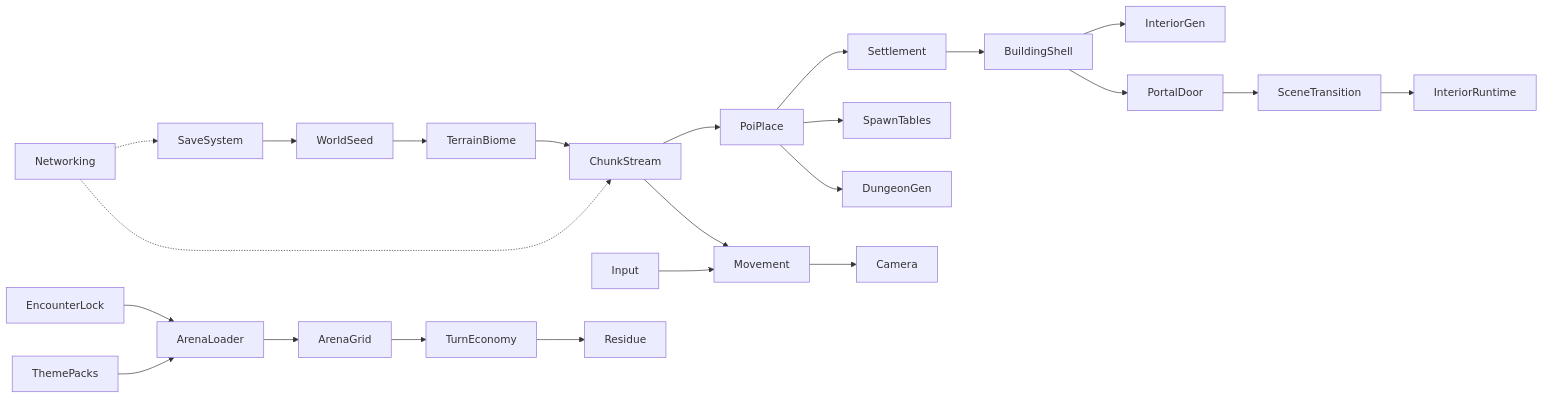
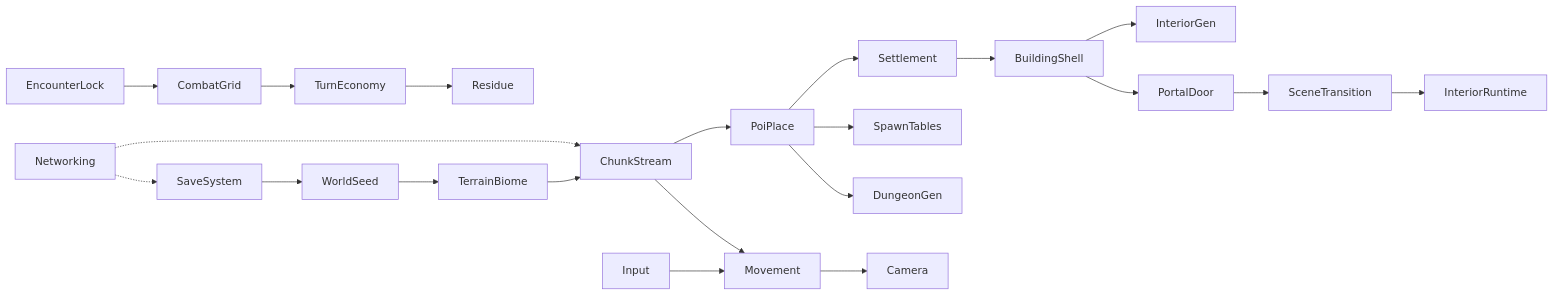
The diagram in 17 Game Systems Architecture.md (fargust16/game-dev), drawn with Mermaid before and after one commit. The commit also changed other lines of this file and 44 other files, not shown here.

````diff
--- a/17 Game Systems Architecture.md
+++ b/17 Game Systems Architecture.md
@@ -125,25 +125,23 @@
 ```mermaid
 flowchart LR
   WorldSeed --> TerrainBiome
   TerrainBiome --> ChunkStream
   ChunkStream --> PoiPlace
   PoiPlace --> Settlement
   PoiPlace --> SpawnTables
   Settlement --> BuildingShell
   BuildingShell --> InteriorGen
   PoiPlace --> DungeonGen
   ChunkStream --> Movement
   Input --> Movement
   Movement --> Camera
   BuildingShell --> PortalDoor
   PortalDoor --> SceneTransition
   SceneTransition --> InteriorRuntime
-  EncounterLock --> ArenaLoader
-  ThemePacks --> ArenaLoader
-  ArenaLoader --> ArenaGrid
-  ArenaGrid --> TurnEconomy
+  EncounterLock --> CombatGrid
+  CombatGrid --> TurnEconomy
   TurnEconomy --> Residue
   SaveSystem --> WorldSeed
   Networking -.-> ChunkStream
   Networking -.-> SaveSystem
 ```
````
